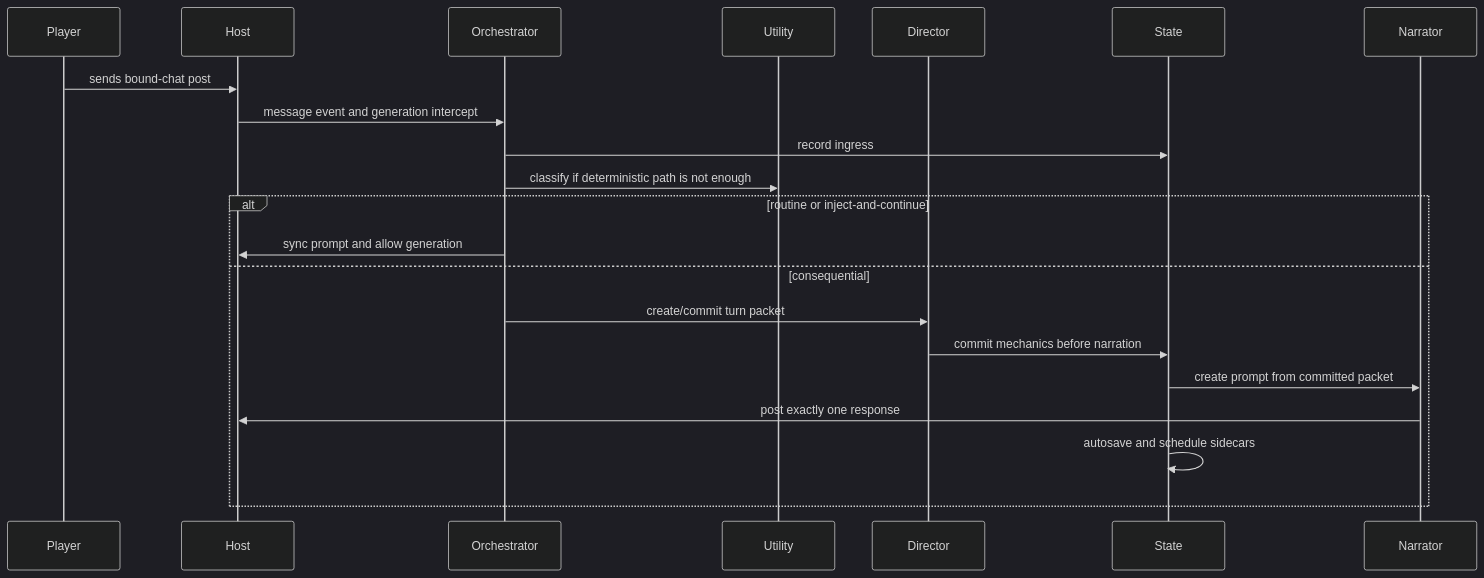
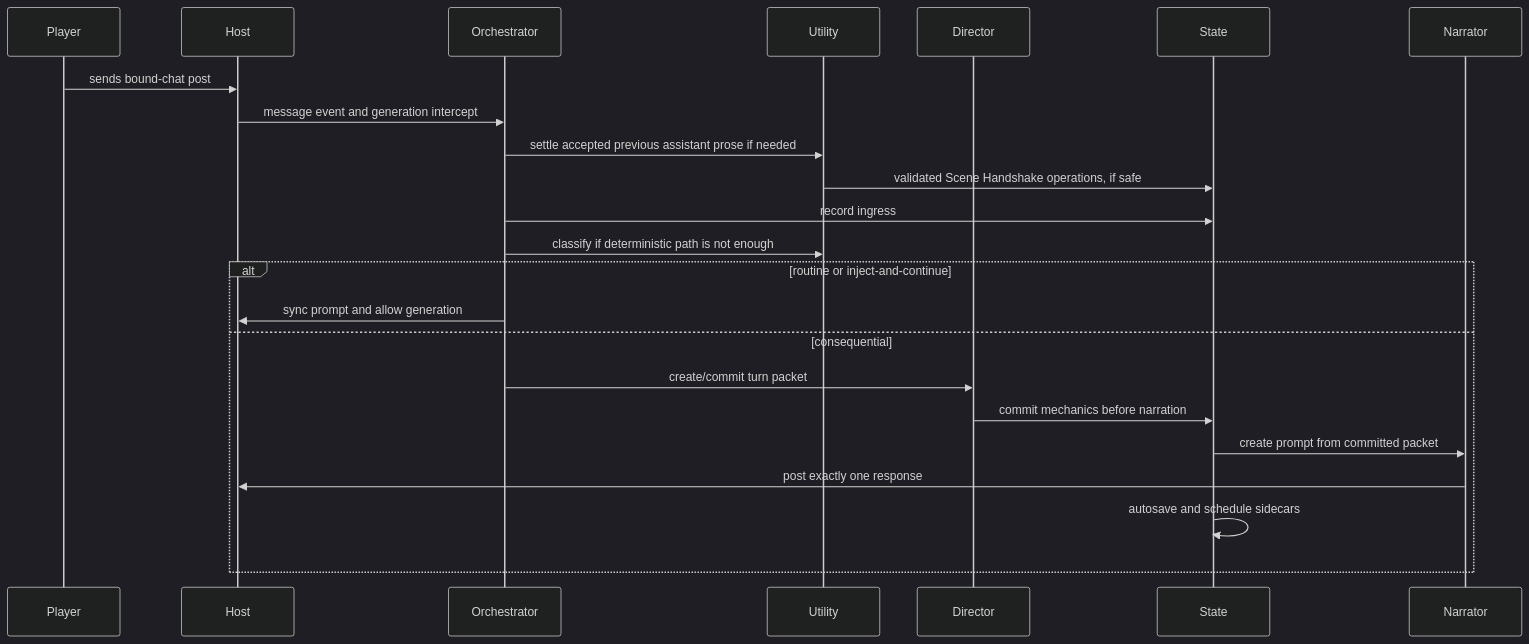
The second of 4 diagrams in docs/technical/DIRECTIVE_TECHNICAL_MANUAL.md (MentallyQuill/Directive), drawn with Mermaid (dark theme) before and after one commit. The commit also changed other lines of this file and 65 other files, not shown here.

Commit message:
Refactor directive campaign and host runtime flows

````diff
--- a/docs/technical/DIRECTIVE_TECHNICAL_MANUAL.md
+++ b/docs/technical/DIRECTIVE_TECHNICAL_MANUAL.md
@@ -103,23 +109,25 @@
 ```mermaid
 sequenceDiagram
   participant Player
   participant Host
   participant Orchestrator
   participant Utility
   participant Director
   participant State
   participant Narrator
   Player->>Host: sends bound-chat post
   Host->>Orchestrator: message event and generation intercept
+  Orchestrator->>Utility: settle accepted previous assistant prose if needed
+  Utility->>State: validated Scene Handshake operations, if safe
   Orchestrator->>State: record ingress
   Orchestrator->>Utility: classify if deterministic path is not enough
   alt routine or inject-and-continue
     Orchestrator->>Host: sync prompt and allow generation
   else consequential
     Orchestrator->>Director: create/commit turn packet
     Director->>State: commit mechanics before narration
     State->>Narrator: create prompt from committed packet
     Narrator->>Host: post exactly one response
     State->>State: autosave and schedule sidecars
   end
 ```
````
